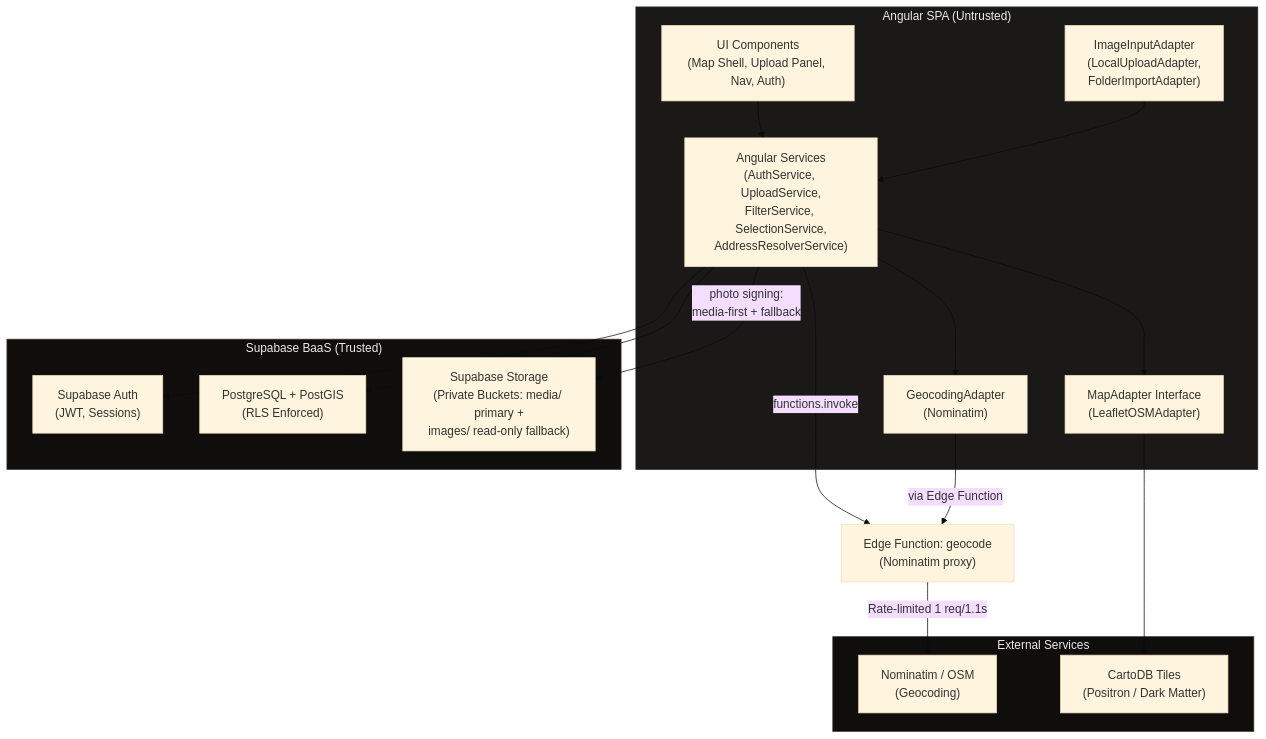
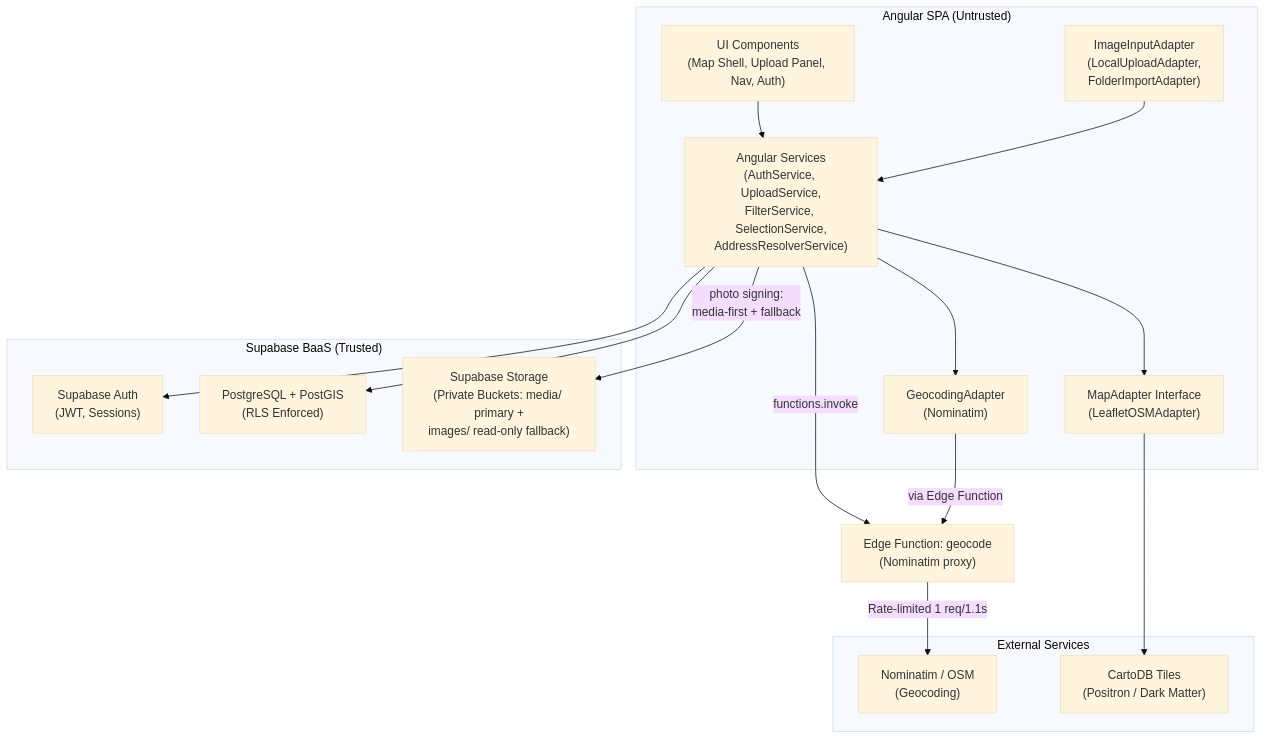
The first of 11 diagrams in docs/architecture.md (matkleve/feldpost), drawn with Mermaid (base theme) before and after one commit. The commit also changed other lines of this file and 29 other files, not shown here.

````diff
--- a/docs/architecture.md
+++ b/docs/architecture.md
@@ -40,37 +42,33 @@
 ```mermaid
 graph TB
   subgraph Client["Angular SPA (Untrusted)"]
     UI["UI Components<br/>(Map Shell, Upload Panel, Nav, Auth)"]
     Services["Angular Services<br/>(AuthService, UploadService,<br/>FilterService, SelectionService,<br/>AddressResolverService)"]
     MapAdapter["MapAdapter Interface<br/>(LeafletOSMAdapter)"]
     GeoAdapter["GeocodingAdapter<br/>(Nominatim)"]
     InputAdapter["ImageInputAdapter<br/>(LocalUploadAdapter,<br/>FolderImportAdapter)"]
   end
 
   subgraph Supabase["Supabase BaaS (Trusted)"]
     Auth["Supabase Auth<br/>(JWT, Sessions)"]
     DB["PostgreSQL + PostGIS<br/>(RLS Enforced)"]
     Storage["Supabase Storage<br/>(Private Buckets: media/ primary +<br/>images/ read-only fallback)"]
   end
 
   subgraph External["External Services"]
     Nominatim["Nominatim / OSM<br/>(Geocoding)"]
     Tiles["CartoDB Tiles<br/>(Positron / Dark Matter)"]
   end
 
   UI --> Services
   Services --> Auth
   Services --> DB
   Services -->|"photo signing:<br/>media-first + fallback"| Storage
   Services -->|"functions.invoke"| EdgeFn["Edge Function: geocode<br/>(Nominatim proxy)"]
   EdgeFn -->|"Rate-limited 1 req/1.1s"| Nominatim
   MapAdapter --> Tiles
   InputAdapter --> Services
   Services --> MapAdapter
   Services --> GeoAdapter
   GeoAdapter -->|"via Edge Function"| EdgeFn
-
-  style Client fill:#1a1917,stroke:#2E2B27,color:#EDEBE7
-  style Supabase fill:#0F0E0C,stroke:#3D3830,color:#EDEBE7
-  style External fill:#0F0E0C,stroke:#3D3830,color:#EDEBE7
 ```
````
